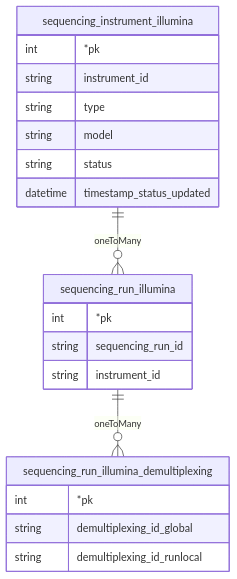
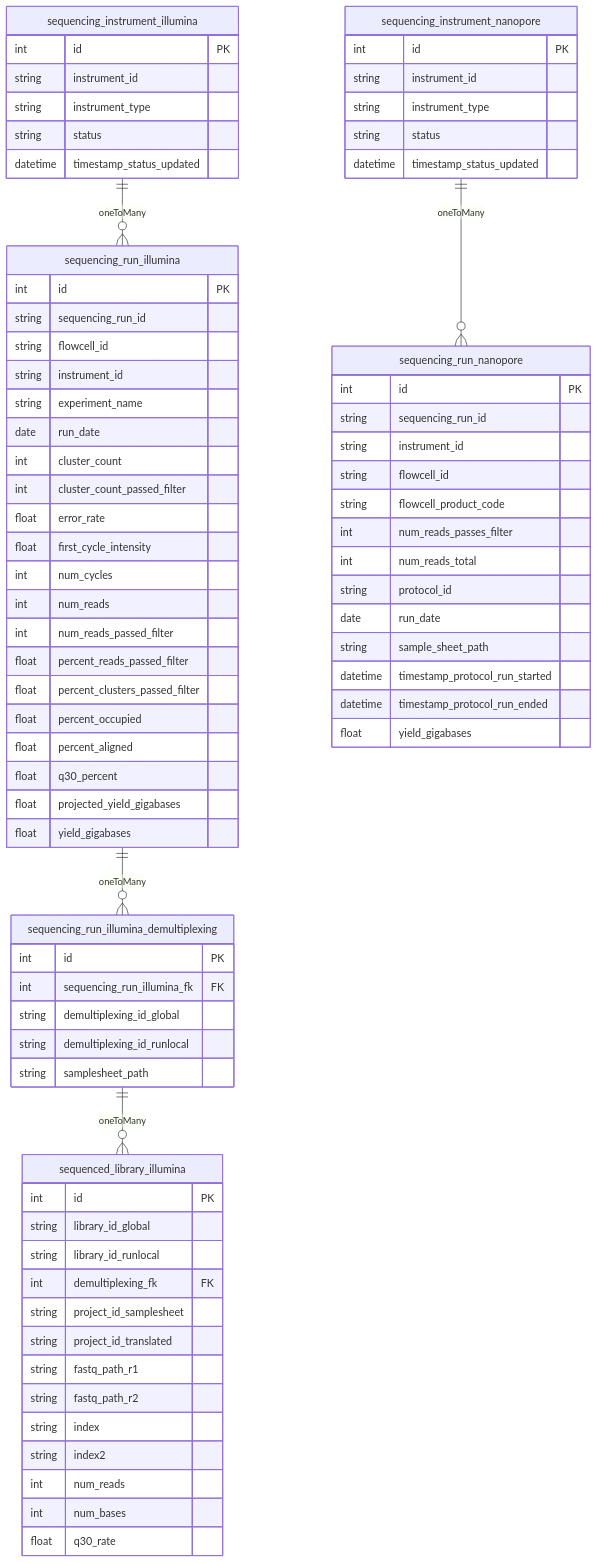
One commit to dfornika/sequencing-runs-db changed the diagram in README.md. Above: the diagram before and after it, drawn with Mermaid.

````diff
--- a/README.md
+++ b/README.md
@@ -3,23 +3,80 @@
 ```mermaid
 erDiagram
   sequencing_instrument_illumina {
-    int *pk
+    int id PK
     string instrument_id
-    string type
-    string model
+    string instrument_type
     string status
     datetime timestamp_status_updated
   }
   sequencing_run_illumina {
-    int *pk
+    int id PK
     string sequencing_run_id
+    string flowcell_id
     string instrument_id
+    string experiment_name
+    date run_date
+    int cluster_count
+    int cluster_count_passed_filter
+    float error_rate
+    float first_cycle_intensity
+    int num_cycles
+    int num_reads
+    int num_reads_passed_filter
+    float percent_reads_passed_filter
+    float percent_clusters_passed_filter
+    float percent_occupied
+    float percent_aligned
+    float q30_percent
+    float projected_yield_gigabases
+    float yield_gigabases
   }
   sequencing_instrument_illumina ||--o{ sequencing_run_illumina : oneToMany
   sequencing_run_illumina_demultiplexing {
-    int *pk
+    int id PK
+    int sequencing_run_illumina_fk FK
     string demultiplexing_id_global
     string demultiplexing_id_runlocal
+    string samplesheet_path
   }
   sequencing_run_illumina ||--o{ sequencing_run_illumina_demultiplexing : oneToMany
+  sequenced_library_illumina {
+    int id PK
+    string library_id_global
+    string library_id_runlocal
+    int demultiplexing_fk FK
+    string project_id_samplesheet
+    string project_id_translated
+    string fastq_path_r1
+    string fastq_path_r2
+    string index
+    string index2
+    int num_reads
+    int num_bases
+    float q30_rate
+  }
+  sequencing_run_illumina_demultiplexing ||--o{ sequenced_library_illumina : oneToMany
+  sequencing_instrument_nanopore {
+    int id PK
+    string instrument_id
+    string instrument_type
+    string status
+    datetime timestamp_status_updated
+  }
+  sequencing_run_nanopore {
+    int id PK
+    string sequencing_run_id
+    string instrument_id
+    string flowcell_id
+    string flowcell_product_code
+    int num_reads_passes_filter
+    int num_reads_total
+    string protocol_id
+    date run_date
+    string sample_sheet_path
+    datetime timestamp_protocol_run_started
+    datetime timestamp_protocol_run_ended
+    float yield_gigabases
+  }
+  sequencing_instrument_nanopore ||--o{ sequencing_run_nanopore : oneToMany
 ```
````
